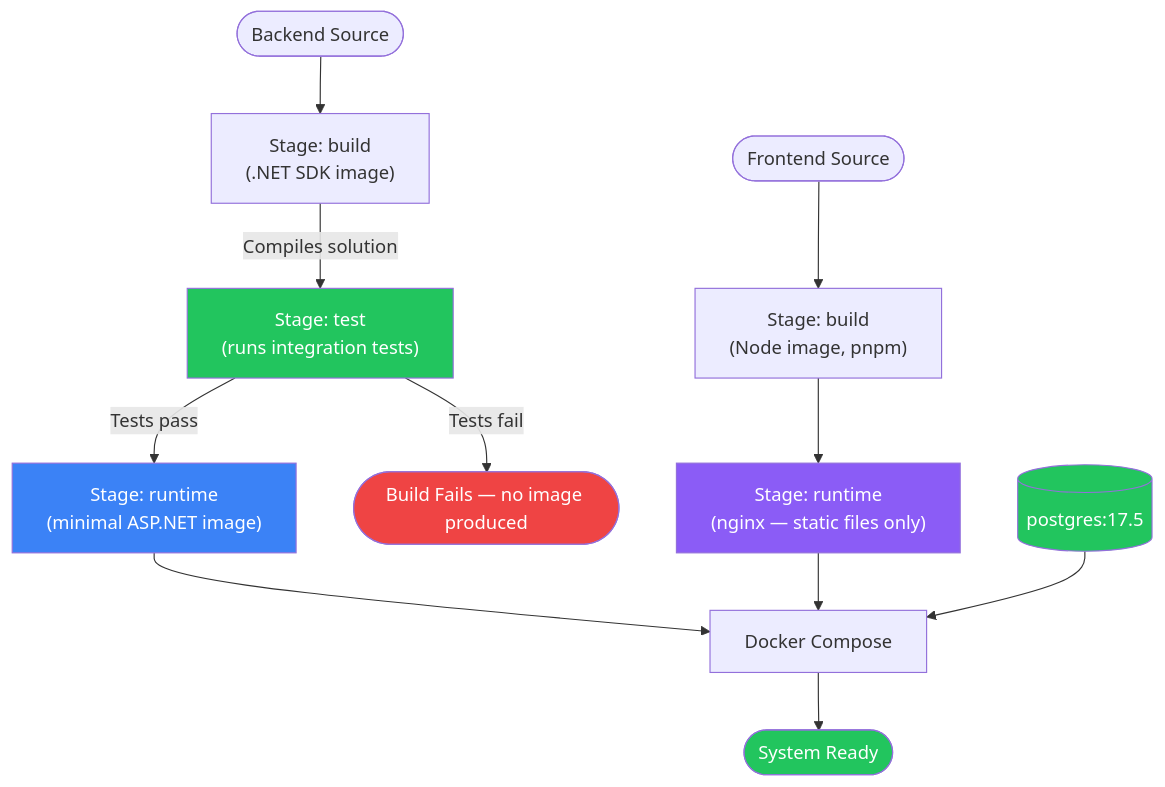
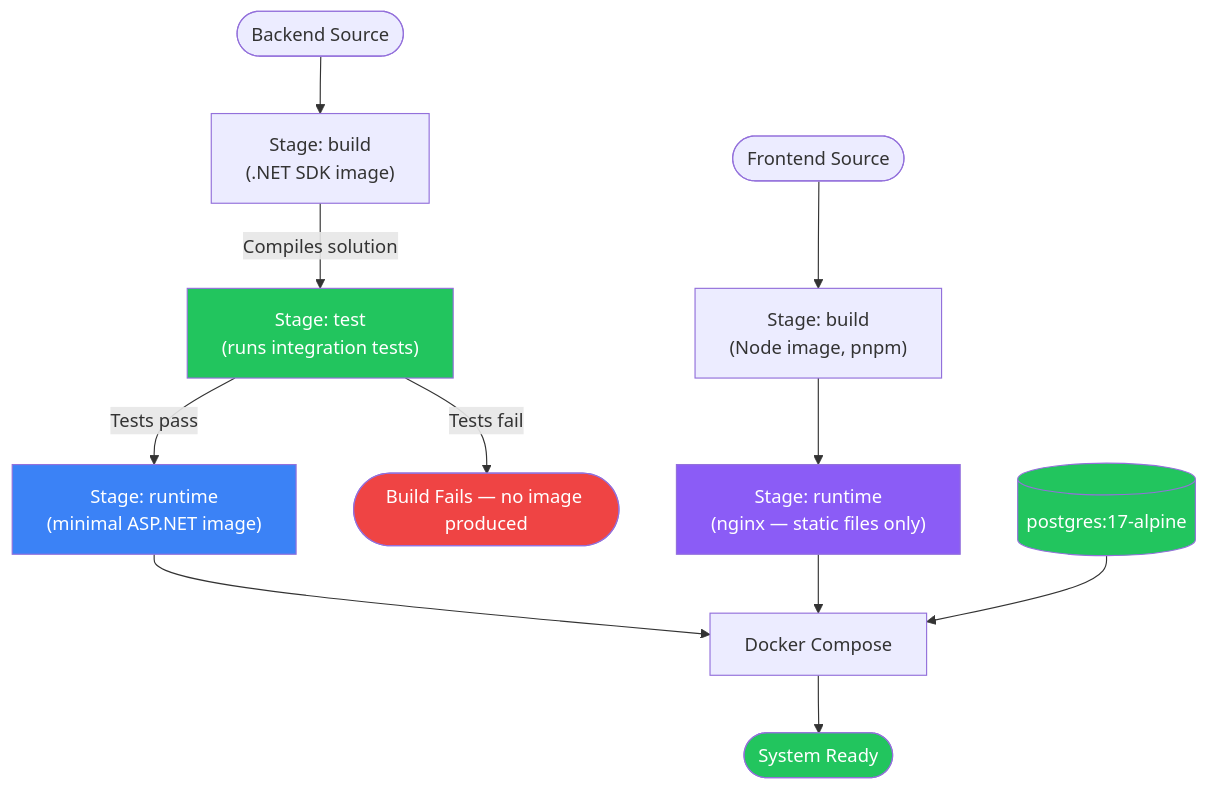
One commit to virgenherrera/Ballast-Lane-code_challenge changed the second of 4 diagrams in docs/epics/EP00-project-infrastructure.md. Above: the diagram before and after it, drawn with Mermaid. The commit also changed other lines of this file and 55 other files, not shown here.

````diff
--- a/docs/epics/EP00-project-infrastructure.md
+++ b/docs/epics/EP00-project-infrastructure.md
@@ -54,23 +54,23 @@
 ```mermaid
 %% Multi-stage Docker pipeline from source to running services
 flowchart TD
     SRC([Backend Source]) --> BUILD["Stage: build\n(.NET SDK image)"]
     BUILD -->|Compiles solution| TEST["Stage: test\n(runs integration tests)"]
     TEST -->|Tests pass| RUNTIME["Stage: runtime\n(minimal ASP.NET image)"]
     TEST -->|Tests fail| FAIL([Build Fails — no image produced])
 
     SRCFE([Frontend Source]) --> NODEBUILD["Stage: build\n(Node image, pnpm)"]
     NODEBUILD --> NGINX["Stage: runtime\n(nginx — static files only)"]
 
     RUNTIME --> COMPOSE["Docker Compose"]
     NGINX --> COMPOSE
-    PG[("postgres:17.5")] --> COMPOSE
+    PG[("postgres:17-alpine")] --> COMPOSE
     COMPOSE --> READY([System Ready])
 
     style TEST fill:#22c55e,color:#fff
     style RUNTIME fill:#3b82f6,color:#fff
     style NGINX fill:#8b5cf6,color:#fff
     style PG fill:#22c55e,color:#fff
     style FAIL fill:#ef4444,color:#fff
     style READY fill:#22c55e,color:#fff
 ```
````
